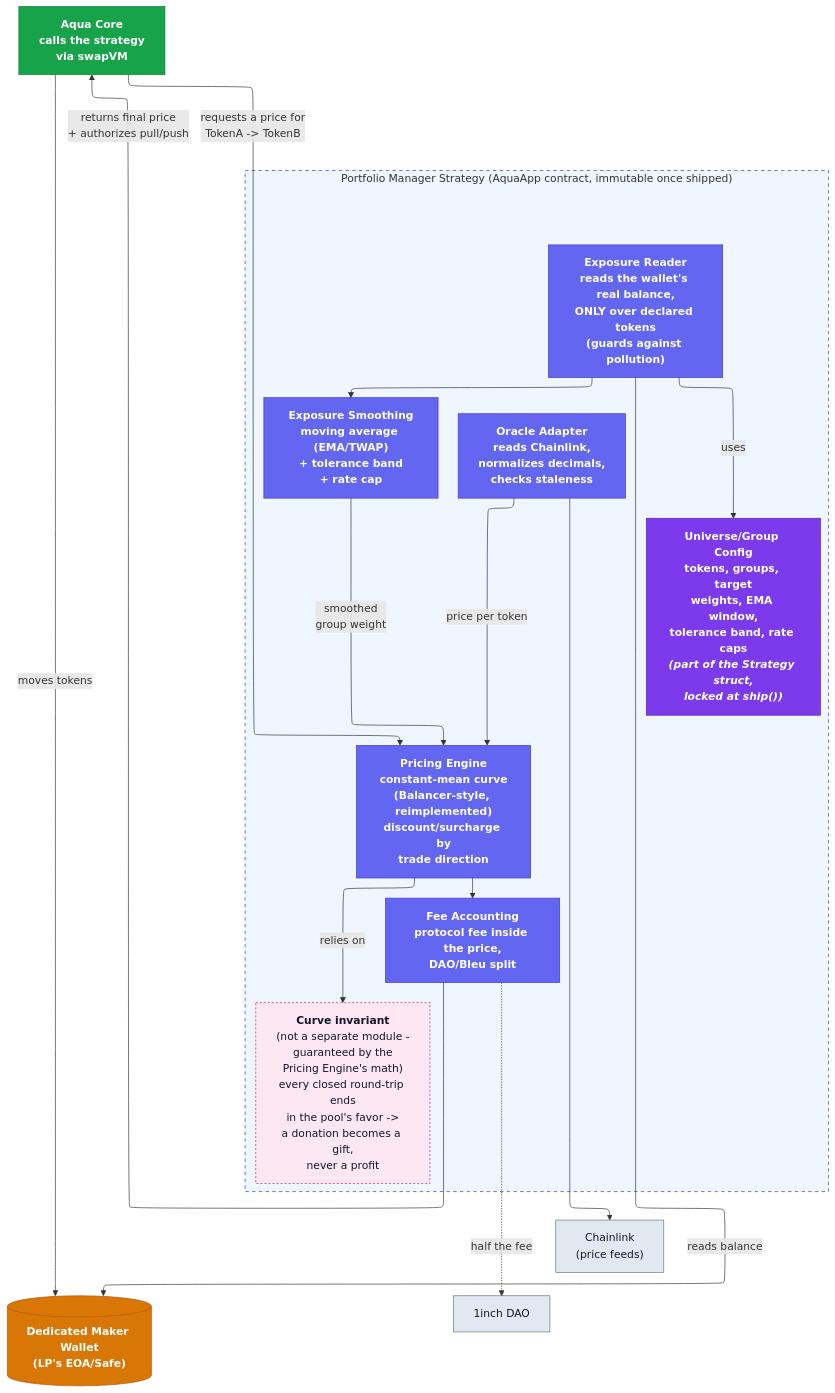
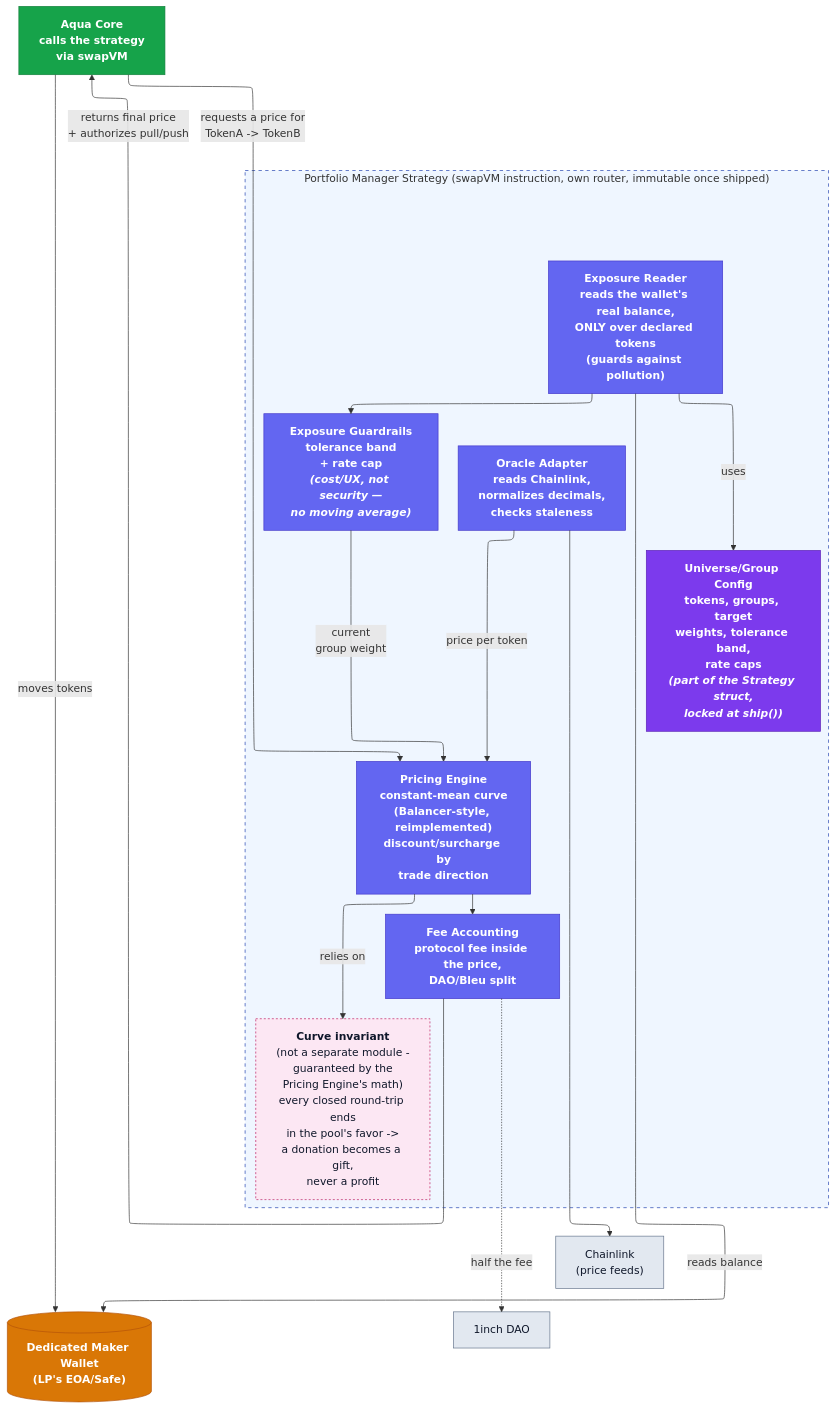
One commit to bleu/aqua-portfolio-manager changed the second of 2 diagrams in docs/ARCHITECTURE.md. Above: the diagram before and after it, drawn with Mermaid. The commit also changed other lines of this file and 13 other files, not shown here.

First line of the commit message:
Drop EMA/TWAP smoothing, close the invariant proof, and address PR #2 review

````diff
--- a/docs/ARCHITECTURE.md
+++ b/docs/ARCHITECTURE.md
@@ -134,54 +138,54 @@
 ```mermaid
 %%{init: {"flowchart": {"defaultRenderer": "elk"}} }%%
 flowchart TD
     Aqua["<b>Aqua Core</b><br/>calls the strategy<br/>via swapVM"]
     Wallet[("Dedicated Maker Wallet<br/>(LP's EOA/Safe)")]
     Chainlink["Chainlink<br/>(price feeds)"]
 
-    subgraph Strategy["Portfolio Manager Strategy (AquaApp contract, immutable once shipped)"]
-        Config["<b>Universe/Group Config</b><br/>tokens, groups, target<br/>weights, EMA window,<br/>tolerance band, rate caps<br/><i>(part of the Strategy struct,<br/>locked at ship())</i>"]
+    subgraph Strategy["Portfolio Manager Strategy (swapVM instruction, own router, immutable once shipped)"]
+        Config["<b>Universe/Group Config</b><br/>tokens, groups, target<br/>weights, tolerance band,<br/>rate caps<br/><i>(part of the Strategy struct,<br/>locked at ship())</i>"]
 
         ExposureReader["<b>Exposure Reader</b><br/>reads the wallet's real balance,<br/>ONLY over declared tokens<br/>(guards against pollution)"]
 
-        Smoothing["<b>Exposure Smoothing</b><br/>moving average (EMA/TWAP)<br/>+ tolerance band<br/>+ rate cap"]
+        Smoothing["<b>Exposure Guardrails</b><br/>tolerance band<br/>+ rate cap<br/><i>(cost/UX, not security —<br/>no moving average)</i>"]
 
         OracleAdapter["<b>Oracle Adapter</b><br/>reads Chainlink,<br/>normalizes decimals,<br/>checks staleness"]
 
         PricingEngine["<b>Pricing Engine</b><br/>constant-mean curve<br/>(Balancer-style, reimplemented)<br/>discount/surcharge by<br/>trade direction"]
 
         FeeAccounting["<b>Fee Accounting</b><br/>protocol fee inside the price,<br/>DAO/Bleu split"]
 
         Invariant["<b>Curve invariant</b><br/>(not a separate module -<br/>guaranteed by the<br/>Pricing Engine's math)<br/>every closed round-trip ends<br/>in the pool's favor -><br/>a donation becomes a gift,<br/>never a profit"]
     end
 
     DAO["1inch DAO"]
 
     Aqua -->|"requests a price for<br/>TokenA -> TokenB"| PricingEngine
     ExposureReader -->|"reads balance"| Wallet
     ExposureReader -->|"uses"| Config
     ExposureReader --> Smoothing
-    Smoothing -->|"smoothed<br/>group weight"| PricingEngine
+    Smoothing -->|"current<br/>group weight"| PricingEngine
     OracleAdapter --> Chainlink
     OracleAdapter -->|"price per token"| PricingEngine
     PricingEngine -->|"relies on"| Invariant
     PricingEngine --> FeeAccounting
     FeeAccounting -->|"returns final price<br/>+ authorizes pull/push"| Aqua
     Aqua -->|"moves tokens"| Wallet
     FeeAccounting -.->|"half the fee"| DAO
 
     classDef aqua fill:#16a34a,stroke:#15803d,color:#ffffff,font-weight:bold
     classDef wallet fill:#d97706,stroke:#b45309,color:#ffffff,font-weight:bold
     classDef external fill:#e2e8f0,stroke:#64748b,color:#0f172a
     classDef config fill:#7c3aed,stroke:#5b21b6,color:#ffffff,font-weight:bold
     classDef logic fill:#6366f1,stroke:#4338ca,color:#ffffff,font-weight:bold
     classDef invariant fill:#fce7f3,stroke:#be185d,color:#0f172a,stroke-dasharray: 3 3
 
     class Aqua aqua
     class Wallet wallet
     class Chainlink,DAO external
     class Config config
     class ExposureReader,Smoothing,OracleAdapter,PricingEngine,FeeAccounting logic
     class Invariant invariant
 
     style Strategy fill:#eff6ff,stroke:#1e40af,stroke-dasharray: 5 5
 ```
````
